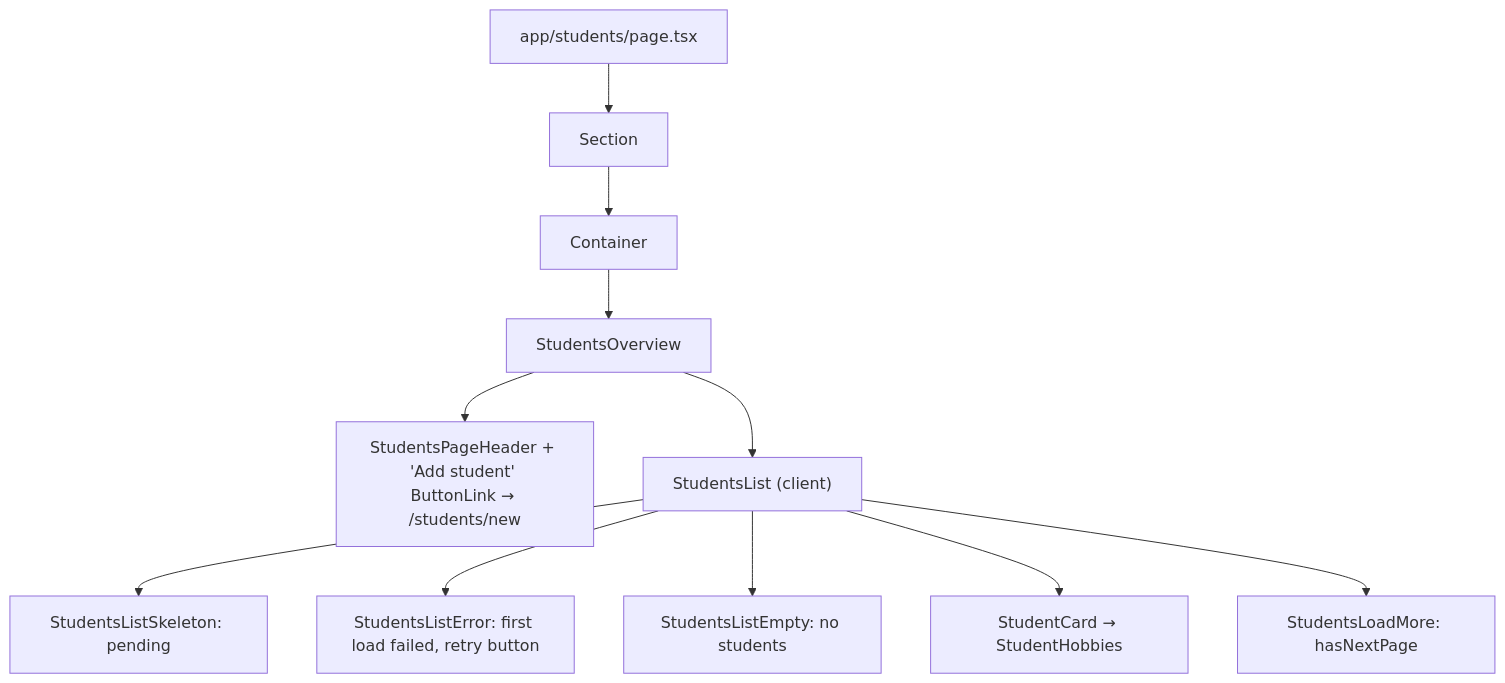
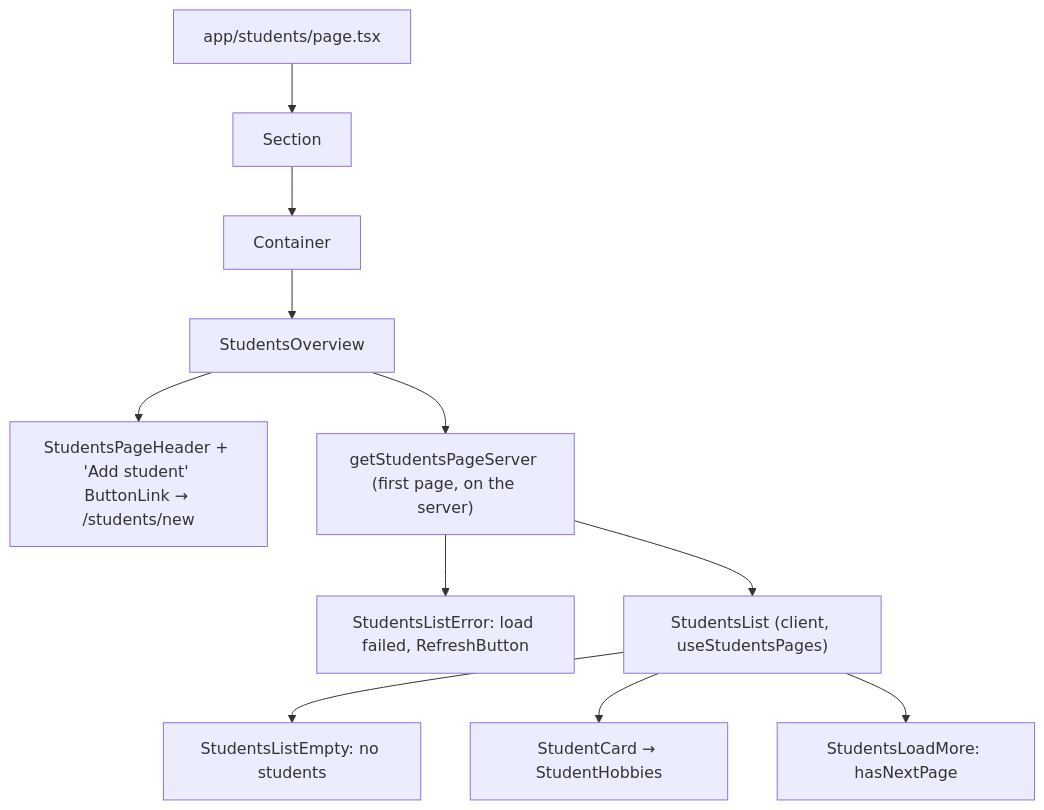
One commit to KaterynaKocheharova/Practice-app changed the first of 2 diagrams in front/src/docs/students.md. Above: the diagram before and after it, drawn with Mermaid. The commit also changed other lines of this file and 178 other files, not shown here.

Commit message:
use server actions for all implemented features and proxy tokens refresh

````diff
--- a/front/src/docs/students.md
+++ b/front/src/docs/students.md
@@ -36,11 +34,11 @@
 ```mermaid
 flowchart TD
   Page[app/students/page.tsx] --> Section --> Container --> Overview[StudentsOverview]
   Overview --> Header["StudentsPageHeader + 'Add student' ButtonLink → /students/new"]
-  Overview --> List["StudentsList (client)"]
-  List --> Skeleton[StudentsListSkeleton: pending]
-  List --> Error[StudentsListError: first load failed, retry button]
+  Overview --> Fetch["getStudentsPageServer (first page, on the server)"]
+  Fetch --> Error[StudentsListError: load failed, RefreshButton]
+  Fetch --> List["StudentsList (client, useStudentsPages)"]
   List --> Empty[StudentsListEmpty: no students]
   List --> Cards[StudentCard → StudentHobbies]
   List --> More[StudentsLoadMore: hasNextPage]
 ```
````
